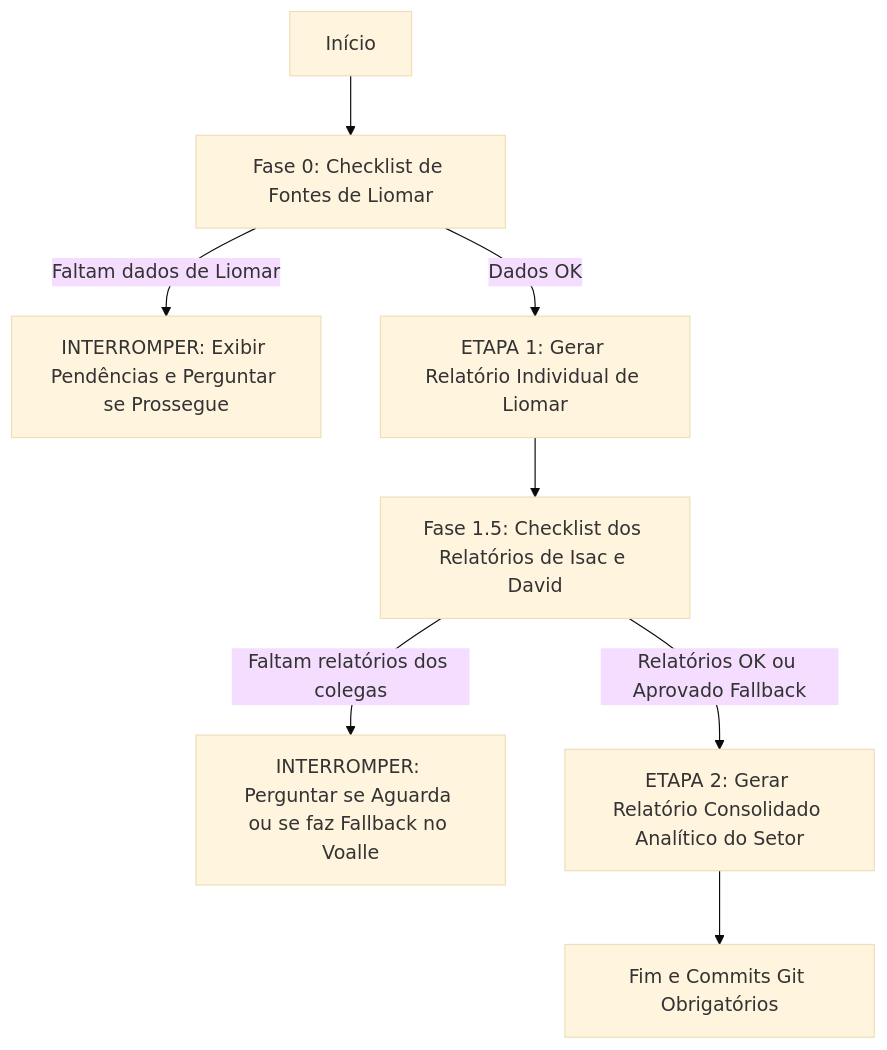
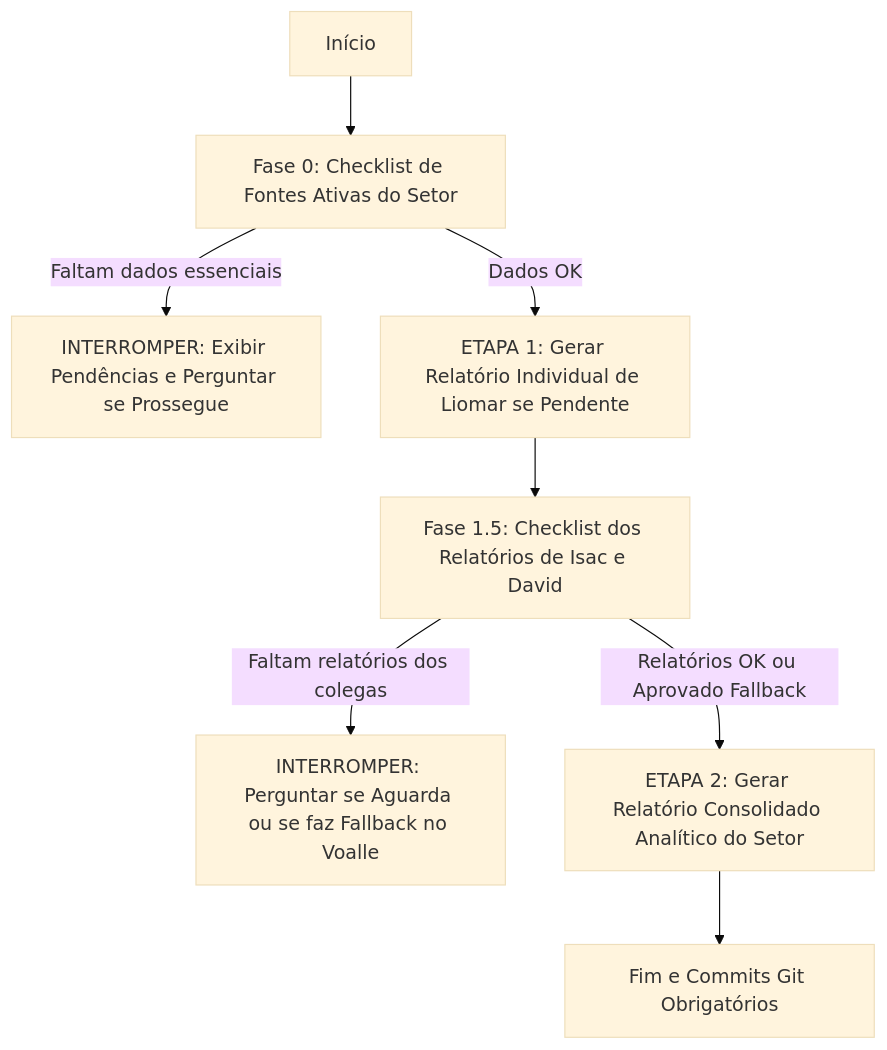
Before and after one commit to liomaroliveira/reports_ti: the diagram in PROMPT.md, drawn with Mermaid (base theme). The commit also changed other lines of this file and 8 other files, not shown here.

````diff
--- a/PROMPT.md
+++ b/PROMPT.md
@@ -28,10 +29,10 @@
 ```mermaid
 graph TD
-    A[Início] --> B[Fase 0: Checklist de Fontes de Liomar]
-    B -->|Faltam dados de Liomar| C[INTERROMPER: Exibir Pendências e Perguntar se Prossegue]
-    B -->|Dados OK| D[ETAPA 1: Gerar Relatório Individual de Liomar]
+    A[Início] --> B[Fase 0: Checklist de Fontes Ativas do Setor]
+    B -->|Faltam dados essenciais| C[INTERROMPER: Exibir Pendências e Perguntar se Prossegue]
+    B -->|Dados OK| D[ETAPA 1: Gerar Relatório Individual de Liomar se Pendente]
     D --> E[Fase 1.5: Checklist dos Relatórios de Isac e David]
     E -->|Faltam relatórios dos colegas| F[INTERROMPER: Perguntar se Aguarda ou se faz Fallback no Voalle]
     E -->|Relatórios OK ou Aprovado Fallback| G[ETAPA 2: Gerar Relatório Consolidado Analítico do Setor]
     G --> H[Fim e Commits Git Obrigatórios]
 ```
````
